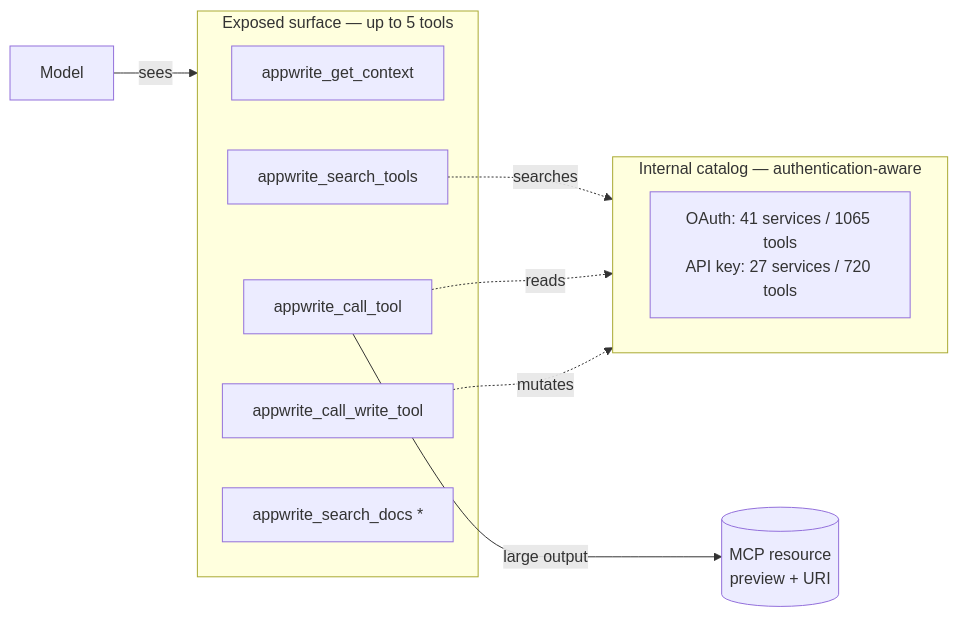
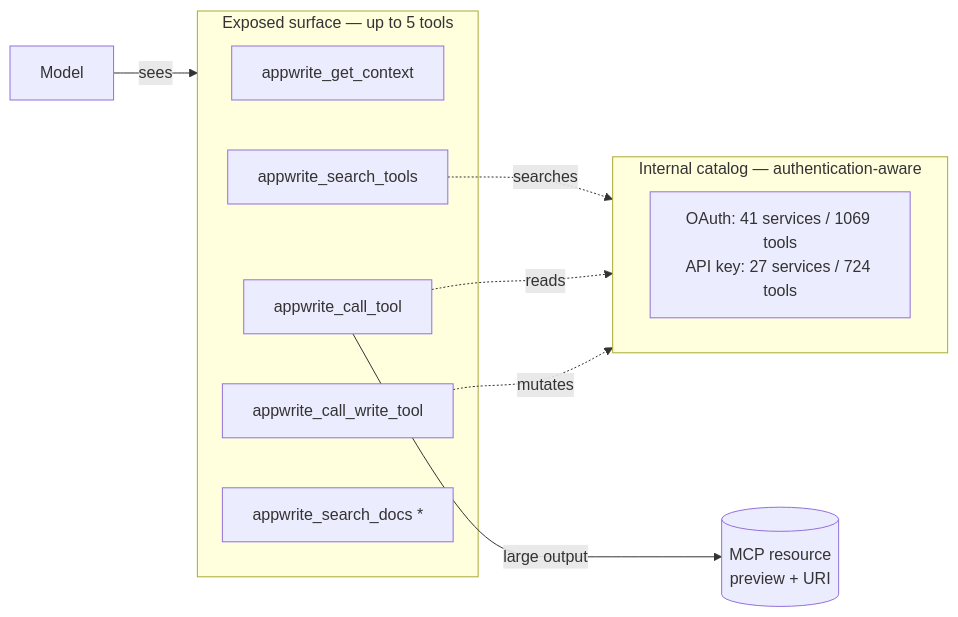
One commit to appwrite/mcp changed the diagram in docs/tool-surface.md. Above: the diagram before and after it, drawn with Mermaid. The commit also changed other lines of this file and 5 other files, not shown here.

````diff
--- a/docs/tool-surface.md
+++ b/docs/tool-surface.md
@@ -7,23 +7,23 @@
 ```mermaid
 flowchart LR
     M[Model] -->|sees| E
 
     subgraph E[Exposed surface — up to 5 tools]
         C[appwrite_get_context]
         ST[appwrite_search_tools]
         CT[appwrite_call_tool]
         WT[appwrite_call_write_tool]
         SD[appwrite_search_docs *]
     end
 
     ST -.searches.-> CAT
     CT -.reads.-> CAT
     WT -.mutates.-> CAT
 
     subgraph CAT[Internal catalog — authentication-aware]
         direction LR
-        K[OAuth: 41 services / 1065 tools<br/>API key: 27 services / 720 tools]
+        K[OAuth: 41 services / 1069 tools<br/>API key: 27 services / 724 tools]
     end
 
     CT -->|large output| R[(MCP resource<br/>preview + URI)]
 ```
````
